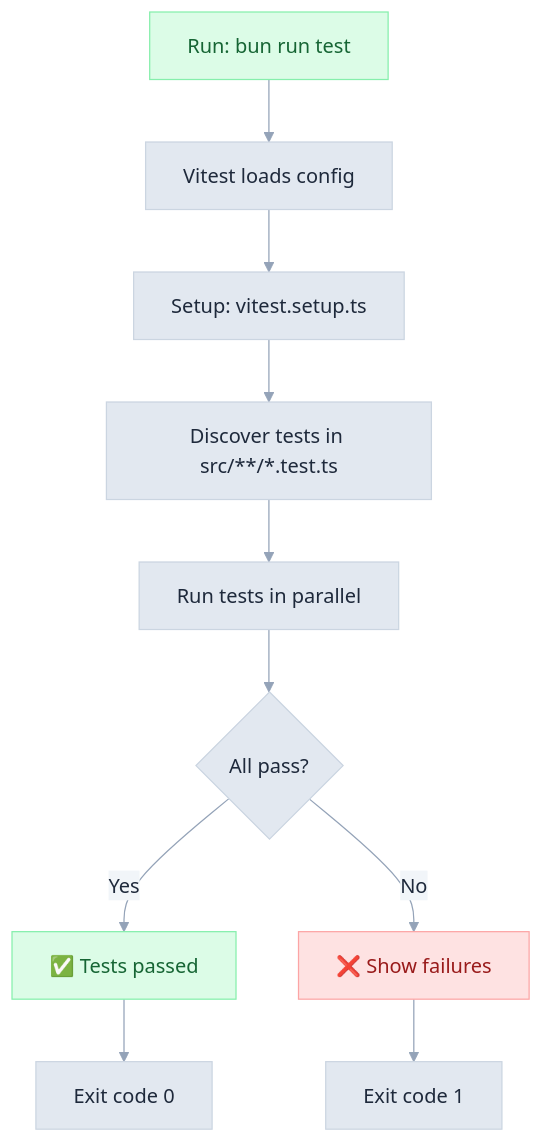
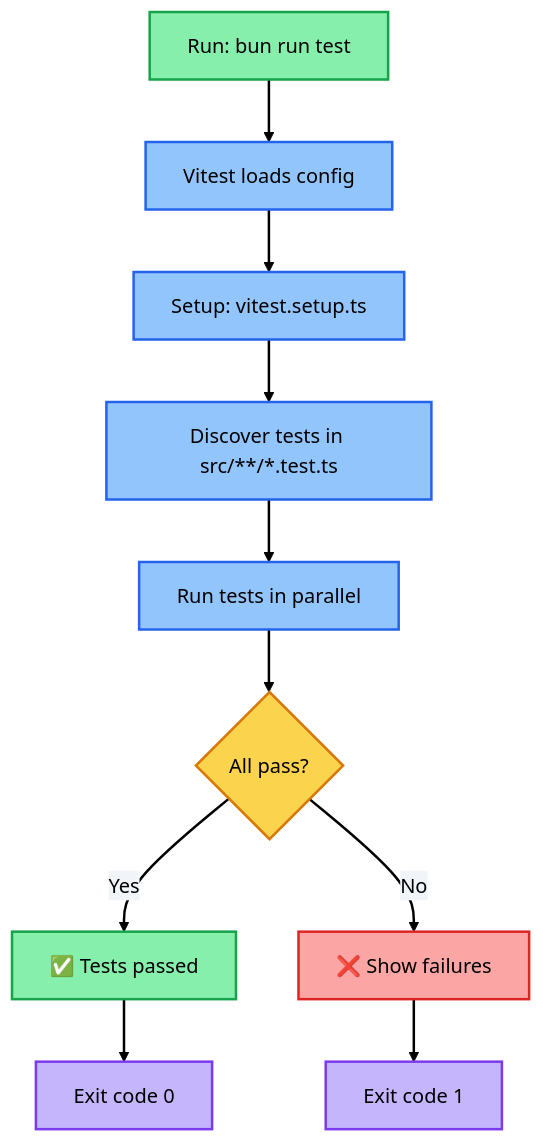
The diagram in doc/testing.md (3DHDSoft/devmultiplier-academy), drawn with Mermaid before and after one commit. The commit also changed other lines of this file and 17 other files, not shown here.

````diff
--- a/doc/testing.md
+++ b/doc/testing.md
@@ -26,26 +26,37 @@
 ```mermaid
 %%{init: {'theme': 'base', 'themeVariables': {
-  'primaryColor': '#e2e8f0',
-  'primaryTextColor': '#1e293b',
-  'primaryBorderColor': '#cbd5e1',
-  'lineColor': '#94a3b8',
-  'secondaryColor': '#f1f5f9',
-  'tertiaryColor': '#f8fafc',
+  'primaryColor': '#f8fafc',
+  'primaryTextColor': '#000000',
+  'primaryBorderColor': '#2563eb',
+  'lineColor': '#000000',
+  'secondaryColor': '#fafafa',
+  'tertiaryColor': '#f5f5f5',
   'background': '#ffffff',
-  'textColor': '#334155',
+  'textColor': '#000000',
+  'edgeLabelBackground': '#f1f5f9',
   'fontFamily': 'system-ui, -apple-system, sans-serif'
-}}}%%flowchart TD
+}}}%%
+flowchart TD
     A[Run: bun run test] --> B[Vitest loads config]
     B --> C[Setup: vitest.setup.ts]
     C --> D[Discover tests in src/**/*.test.ts]
     D --> E[Run tests in parallel]
     E --> F{All pass?}
     F -->|Yes| G[✅ Tests passed]
     F -->|No| H[❌ Show failures]
     H --> I[Exit code 1]
     G --> J[Exit code 0]
 
-    style A fill:#dcfce7,stroke:#86efac,color:#166534
-    style G fill:#dcfce7,stroke:#86efac,color:#166534
-    style H fill:#fee2e2,stroke:#fca5a5,color:#991b1b
+    style A fill:#86efac,stroke:#16a34a,color:#000000,stroke-width:2px
+    style B fill:#93c5fd,stroke:#2563eb,color:#000000,stroke-width:2px
+    style C fill:#93c5fd,stroke:#2563eb,color:#000000,stroke-width:2px
+    style D fill:#93c5fd,stroke:#2563eb,color:#000000,stroke-width:2px
+    style E fill:#93c5fd,stroke:#2563eb,color:#000000,stroke-width:2px
+    style F fill:#fcd34d,stroke:#d97706,color:#000000,stroke-width:2px
+    style G fill:#86efac,stroke:#16a34a,color:#000000,stroke-width:2px
+    style H fill:#fca5a5,stroke:#dc2626,color:#000000,stroke-width:2px
+    style I fill:#c4b5fd,stroke:#7c3aed,color:#000000,stroke-width:2px
+    style J fill:#c4b5fd,stroke:#7c3aed,color:#000000,stroke-width:2px
+
+    linkStyle default stroke:#000000,stroke-width:2px
 ```
````
